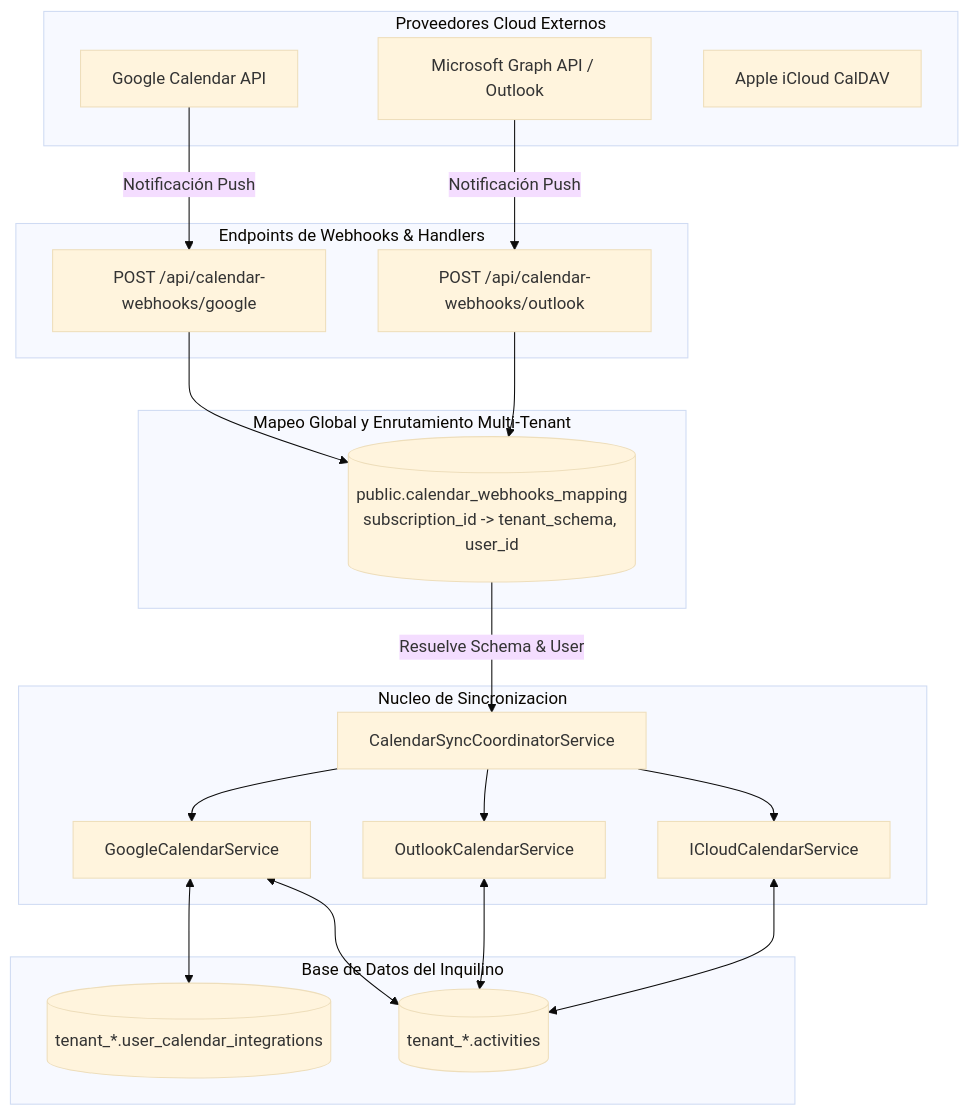
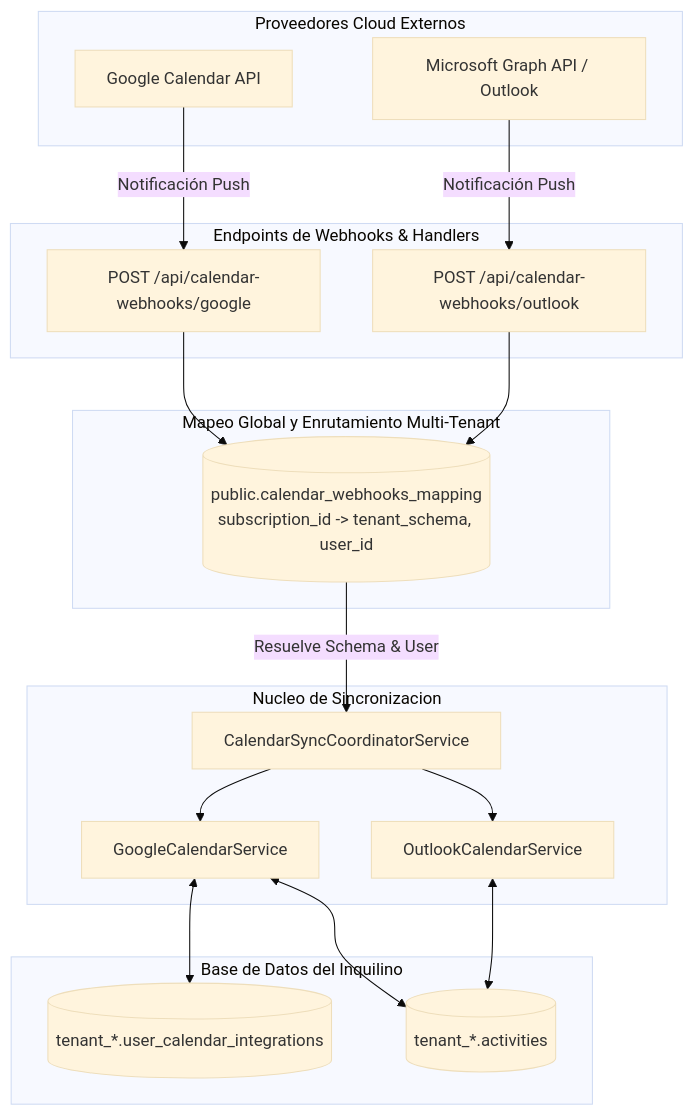
The diagram in Proyectos/CRM TIBS - Integraciones de Calendario Externo.md (DesarrolloTibs/crm-tibs-api), drawn with Mermaid (base theme) before and after one commit. The commit also changed other lines of this file and 32 other files, not shown here.

````diff
--- a/Proyectos/CRM TIBS - Integraciones de Calendario Externo.md
+++ b/Proyectos/CRM TIBS - Integraciones de Calendario Externo.md
@@ -22,45 +20,41 @@
 ```mermaid
 graph TD
     subgraph Proveedores Cloud Externos
         GCAL[Google Calendar API]
         MSFT[Microsoft Graph API / Outlook]
-        ICLOUD[Apple iCloud CalDAV]
     end
 
     subgraph Endpoints de Webhooks & Handlers
         WH_GCAL[POST /api/calendar-webhooks/google]
         WH_MSFT[POST /api/calendar-webhooks/outlook]
     end
 
     subgraph Mapeo Global y Enrutamiento Multi-Tenant
         MAP[(public.calendar_webhooks_mapping<br/>subscription_id -> tenant_schema, user_id)]
     end
 
     subgraph Nucleo de Sincronizacion
         COORD[CalendarSyncCoordinatorService]
         G_SVC[GoogleCalendarService]
         O_SVC[OutlookCalendarService]
-        I_SVC[ICloudCalendarService]
     end
 
     subgraph Base de Datos del Inquilino
         INT_TBL[(tenant_*.user_calendar_integrations)]
         ACT_TBL[(tenant_*.activities)]
     end
 
     GCAL -->|Notificación Push| WH_GCAL
     MSFT -->|Notificación Push| WH_MSFT
 
     WH_GCAL --> MAP
     WH_MSFT --> MAP
     MAP -->|Resuelve Schema & User| COORD
 
     COORD --> G_SVC
     COORD --> O_SVC
-    COORD --> I_SVC
 
     G_SVC <--> INT_TBL
     G_SVC <--> ACT_TBL
     O_SVC <--> ACT_TBL
-    I_SVC <--> ACT_TBL
 ```
````
